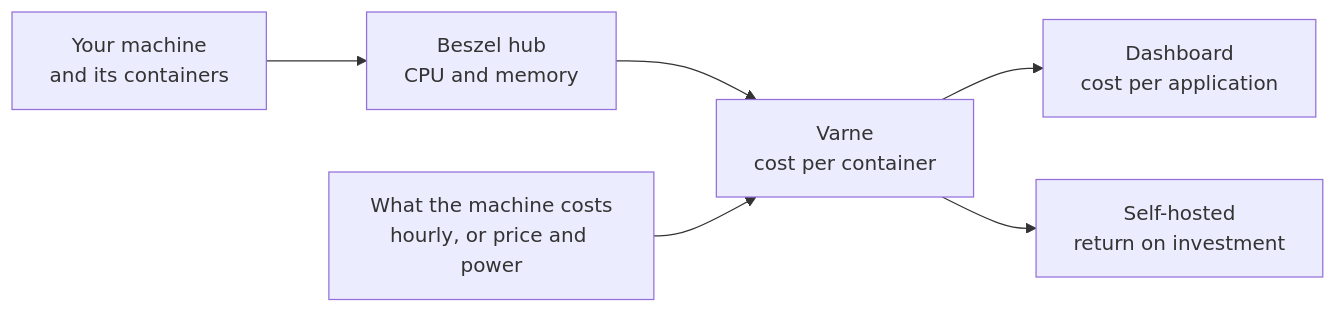
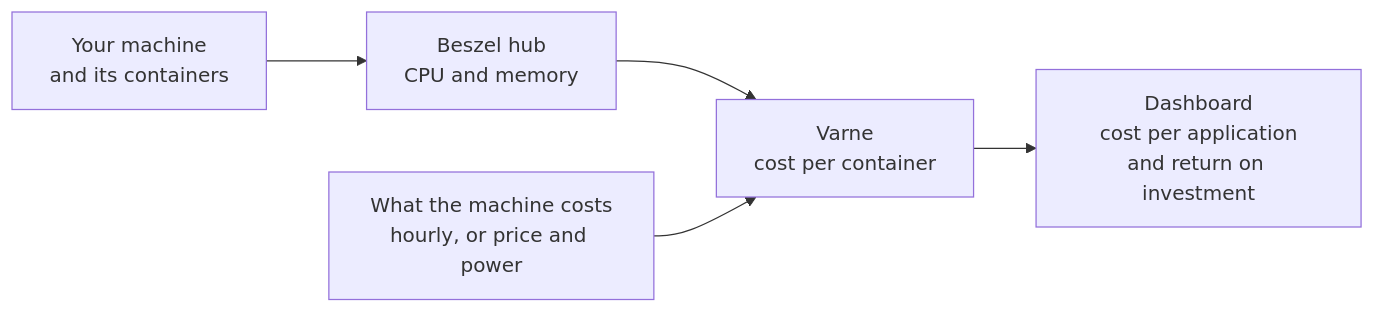
The diagram in docs/oss/varne/index.mdx (narevai/varne), drawn with Mermaid before and after one commit. The commit also changed other lines of this file and 34 other files, not shown here.

````diff
--- a/docs/oss/varne/index.mdx
+++ b/docs/oss/varne/index.mdx
@@ -15,8 +15,7 @@
 ```mermaid
 flowchart LR
     A["Your machine<br/>and its containers"] --> B["Beszel hub<br/>CPU and memory"]
     B --> C["Varne<br/>cost per container"]
     D["What the machine costs<br/>hourly, or price and power"] --> C
-    C --> E["Dashboard<br/>cost per application"]
-    C --> F["Self-hosted<br/>return on investment"]
+    C --> E["Dashboard<br/>cost per application<br/>and return on investment"]
 ```
````
